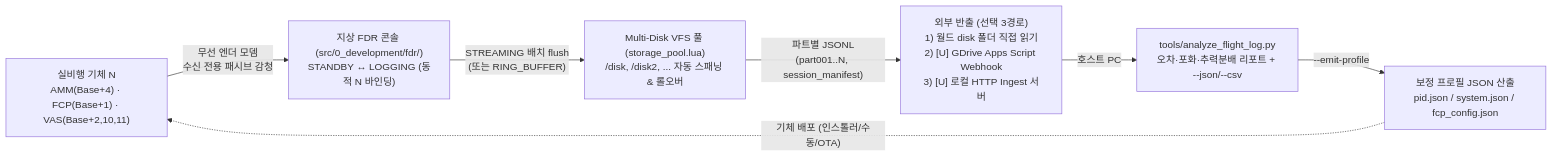
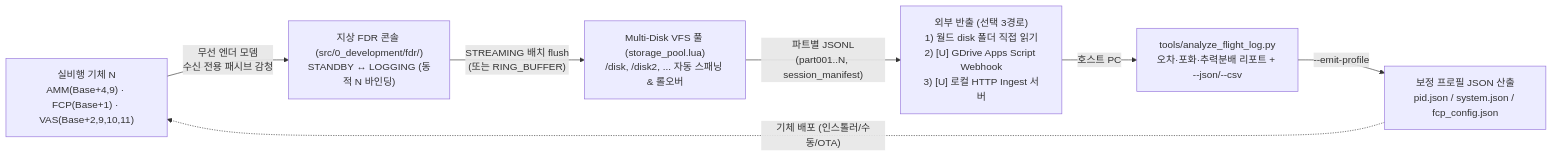
Before and after one commit to Polimachi/Aeroneutics_Autopilot: the diagram in docs/specs/0_development/fdr/FDR_PROGRAM_SPECIFICATION.md, drawn with Mermaid. The commit also changed other lines of this file and 10 other files, not shown here.

````diff
--- a/docs/specs/0_development/fdr/FDR_PROGRAM_SPECIFICATION.md
+++ b/docs/specs/0_development/fdr/FDR_PROGRAM_SPECIFICATION.md
@@ -47,9 +48,9 @@
 ```mermaid
 flowchart LR
-    AIR["실비행 기체 N<br/>AMM(Base+4) · FCP(Base+1) · VAS(Base+2,10,11)"] -->|"무선 엔더 모뎀<br/>수신 전용 패시브 감청"| TAP["지상 FDR 콘솔 (src/0_development/fdr/)<br/>STANDBY ↔ LOGGING (동적 N 바인딩)"]
+    AIR["실비행 기체 N<br/>AMM(Base+4,9) · FCP(Base+1) · VAS(Base+2,9,10,11)"] -->|"무선 엔더 모뎀<br/>수신 전용 패시브 감청"| TAP["지상 FDR 콘솔 (src/0_development/fdr/)<br/>STANDBY ↔ LOGGING (동적 N 바인딩)"]
     TAP -->|"STREAMING 배치 flush<br/>(또는 RING_BUFFER)"| VFS["Multi-Disk VFS 풀 (storage_pool.lua)<br/>/disk, /disk2, ... 자동 스패닝 & 롤오버"]
     VFS -->|"파트별 JSONL<br/>(part001..N, session_manifest)"| EXP["외부 반출 (선택 3경로)<br/>1) 월드 disk 폴더 직접 읽기<br/>2) [U] GDrive Apps Script Webhook<br/>3) [U] 로컬 HTTP Ingest 서버"]
     EXP -->|"호스트 PC"| CLI["tools/analyze_flight_log.py<br/>오차·포화·추력분배 리포트 + --json/--csv"]
     CLI -->|"--emit-profile"| PROF["보정 프로필 JSON 산출<br/>pid.json / system.json / fcp_config.json"]
     PROF -.->|"기체 배포 (인스톨러/수동/OTA)"| AIR
 ```
````
